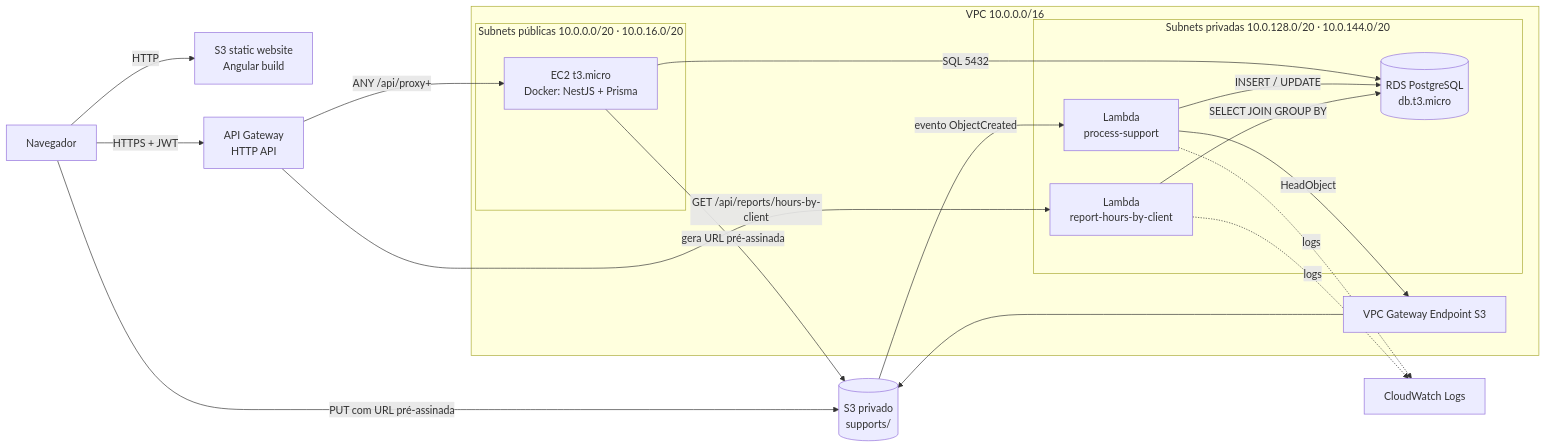
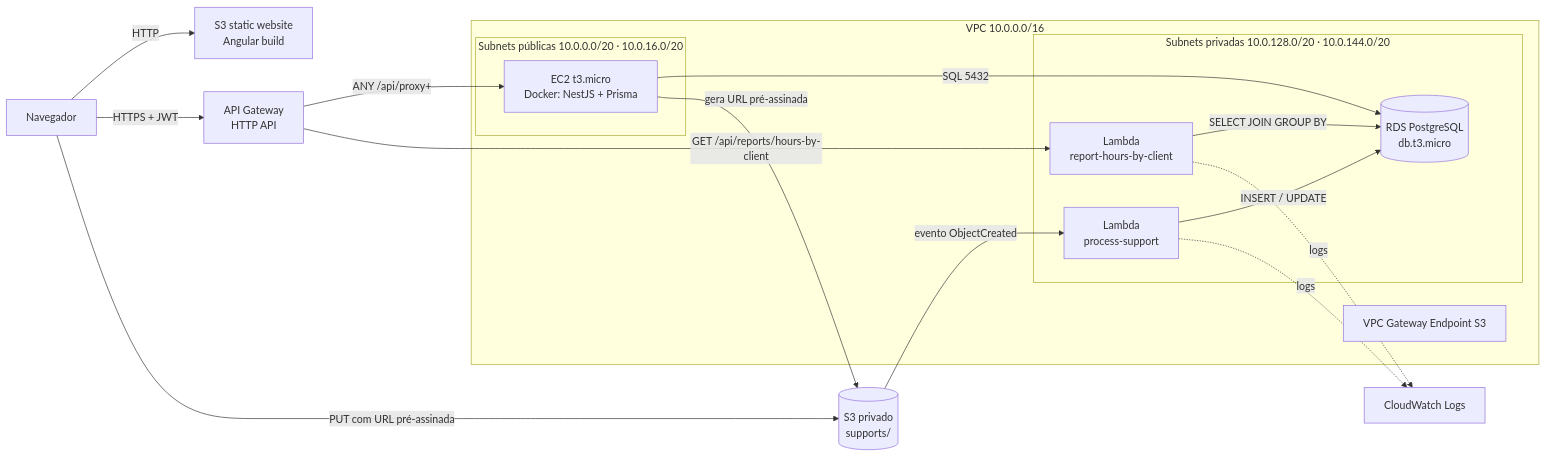
Before and after one commit to DilanUrrego/guard-scheduling-SN: the first of 2 diagrams in spec/design.md, drawn with Mermaid. The commit also changed other lines of this file and 27 other files, not shown here.

````diff
--- a/spec/design.md
+++ b/spec/design.md
@@ -20,29 +20,28 @@
 ```mermaid
 flowchart LR
   U[Navegador] -->|HTTP| W[S3 static website<br/>Angular build]
   U -->|HTTPS + JWT| G[API Gateway<br/>HTTP API]
   U -->|PUT com URL pré-assinada| B[(S3 privado<br/>supports/)]
 
   subgraph VPC["VPC 10.0.0.0/16"]
     subgraph PUB["Subnets públicas 10.0.0.0/20 · 10.0.16.0/20"]
       E[EC2 t3.micro<br/>Docker: NestJS + Prisma]
     end
     subgraph PRIV["Subnets privadas 10.0.128.0/20 · 10.0.144.0/20"]
       R[(RDS PostgreSQL<br/>db.t3.micro)]
       L1[Lambda<br/>process-support]
       L2[Lambda<br/>report-hours-by-client]
     end
     VE[VPC Gateway Endpoint S3]
   end
 
   G -->|ANY /api/proxy+| E
   G -->|GET /api/reports/hours-by-client| L2
   E -->|SQL 5432| R
   E -->|gera URL pré-assinada| B
   B -->|evento ObjectCreated| L1
-  L1 -->|HeadObject| VE --> B
   L1 -->|INSERT / UPDATE| R
   L2 -->|SELECT JOIN GROUP BY| R
   L1 -.->|logs| CW[CloudWatch Logs]
   L2 -.->|logs| CW
 ```
````
